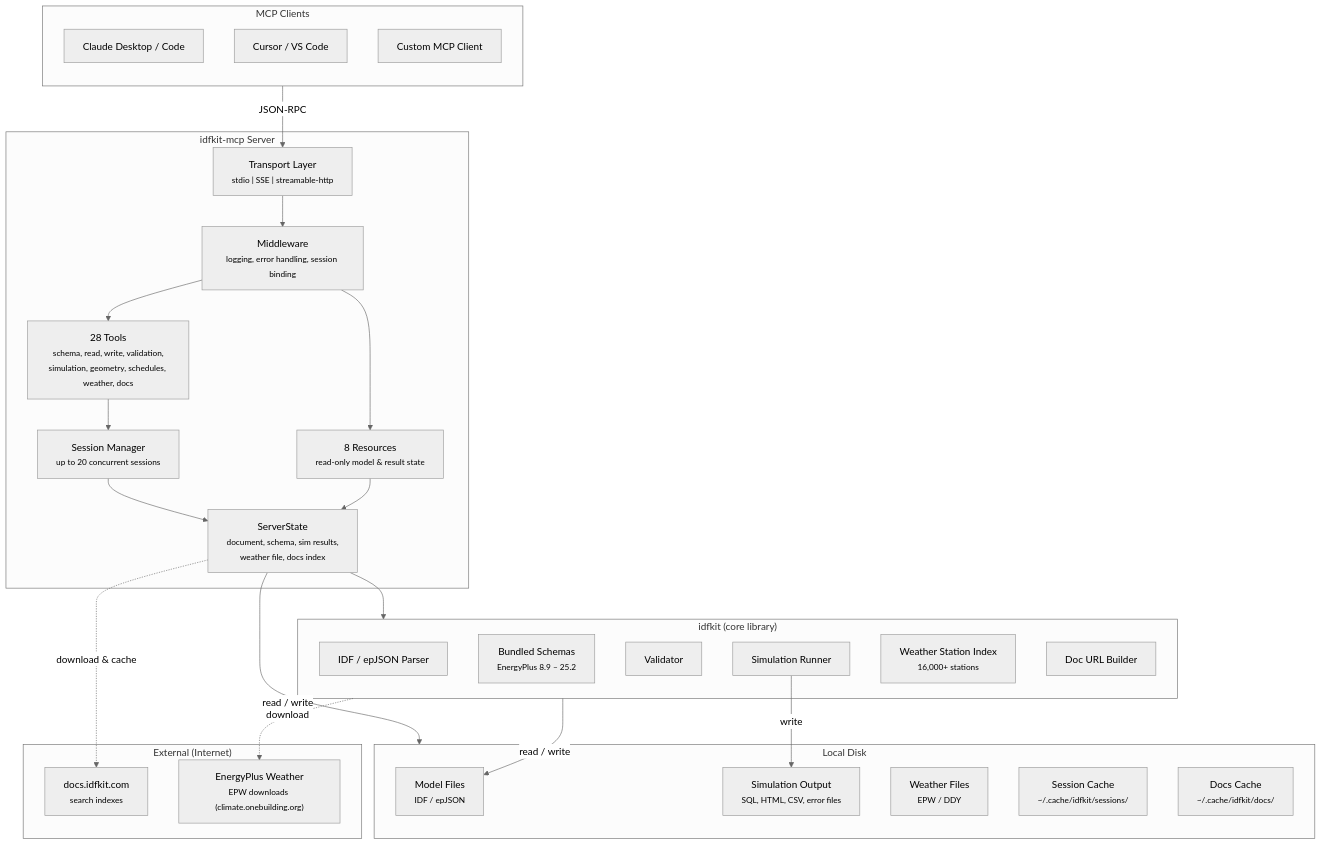
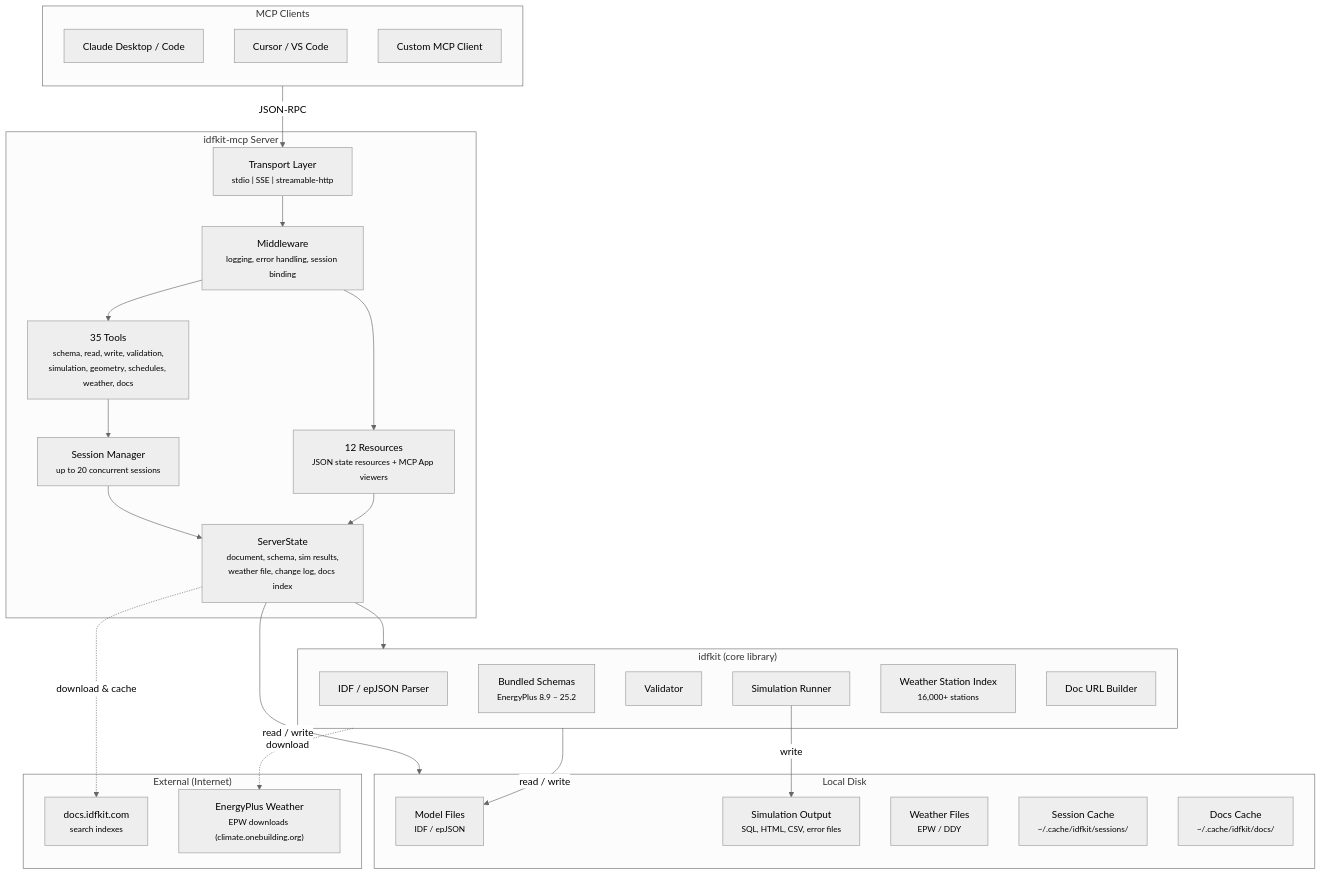
Before and after one commit to idfkit/idfkit-mcp: the first of 5 diagrams in docs/concepts/architecture.md, drawn with Mermaid. The commit also changed other lines of this file and 15 other files, not shown here.

Commit message:
feat: update documentation with new tools, resources, and simulation diagnostics

````diff
--- a/docs/concepts/architecture.md
+++ b/docs/concepts/architecture.md
@@ -7,56 +7,56 @@
 ```mermaid
 ---
 config:
   theme: 'neutral'
 ---
 graph TB
     subgraph Clients["MCP Clients"]
         direction TB
         Claude["Claude Desktop / Code"]
         Cursor["Cursor / VS Code"]
         Custom["Custom MCP Client"]
     end
 
     subgraph Server["idfkit-mcp Server"]
         Transport["Transport Layer<br/><small>stdio | SSE | streamable-http</small>"]
         Middleware["Middleware<br/><small>logging, error handling, session binding</small>"]
-        Tools["28 Tools<br/><small>schema, read, write, validation,<br/>simulation, geometry, schedules, weather, docs</small>"]
-        Resources["8 Resources<br/><small>read-only model & result state</small>"]
+        Tools["35 Tools<br/><small>schema, read, write, validation,<br/>simulation, geometry, schedules, weather, docs</small>"]
+        Resources["12 Resources<br/><small>JSON state resources + MCP App viewers</small>"]
         Session["Session Manager<br/><small>up to 20 concurrent sessions</small>"]
-        State["ServerState<br/><small>document, schema, sim results,<br/>weather file, docs index</small>"]
+        State["ServerState<br/><small>document, schema, sim results,<br/>weather file, change log, docs index</small>"]
     end
 
     subgraph Core["idfkit (core library)"]
         Parser["IDF / epJSON Parser"]
         Schema["Bundled Schemas<br/><small>EnergyPlus 8.9 &ndash; 25.2</small>"]
         Validator["Validator"]
         SimRunner["Simulation Runner"]
         WeatherIdx["Weather Station Index<br/><small>16,000+ stations</small>"]
         Docs["Doc URL Builder"]
     end
 
     subgraph Local["Local Disk"]
         ModelFiles["Model Files<br/><small>IDF / epJSON</small>"]
         SimOutput["Simulation Output<br/><small>SQL, HTML, CSV, error files</small>"]
         WeatherFiles["Weather Files<br/><small>EPW / DDY</small>"]
         SessionCache["Session Cache<br/><small>~/.cache/idfkit/sessions/</small>"]
         DocsCache["Docs Cache<br/><small>~/.cache/idfkit/docs/</small>"]
     end
 
     subgraph External["External (Internet)"]
         DocsSite["docs.idfkit.com<br/><small>search indexes</small>"]
         WeatherDL["EnergyPlus Weather<br/><small>EPW downloads (climate.onebuilding.org)</small>"]
     end
 
     Clients -->|"JSON-RPC"| Transport
     Transport --> Middleware --> Tools & Resources
     Tools --> Session --> State
     Resources --> State
 
     State --> Core
     State -->|"read / write"| Local
     State -.->|"download & cache"| DocsSite
     Core -.->|"download"| WeatherDL
     Core -->|"read / write"| ModelFiles
     SimRunner -->|"write"| SimOutput
 ```
````
